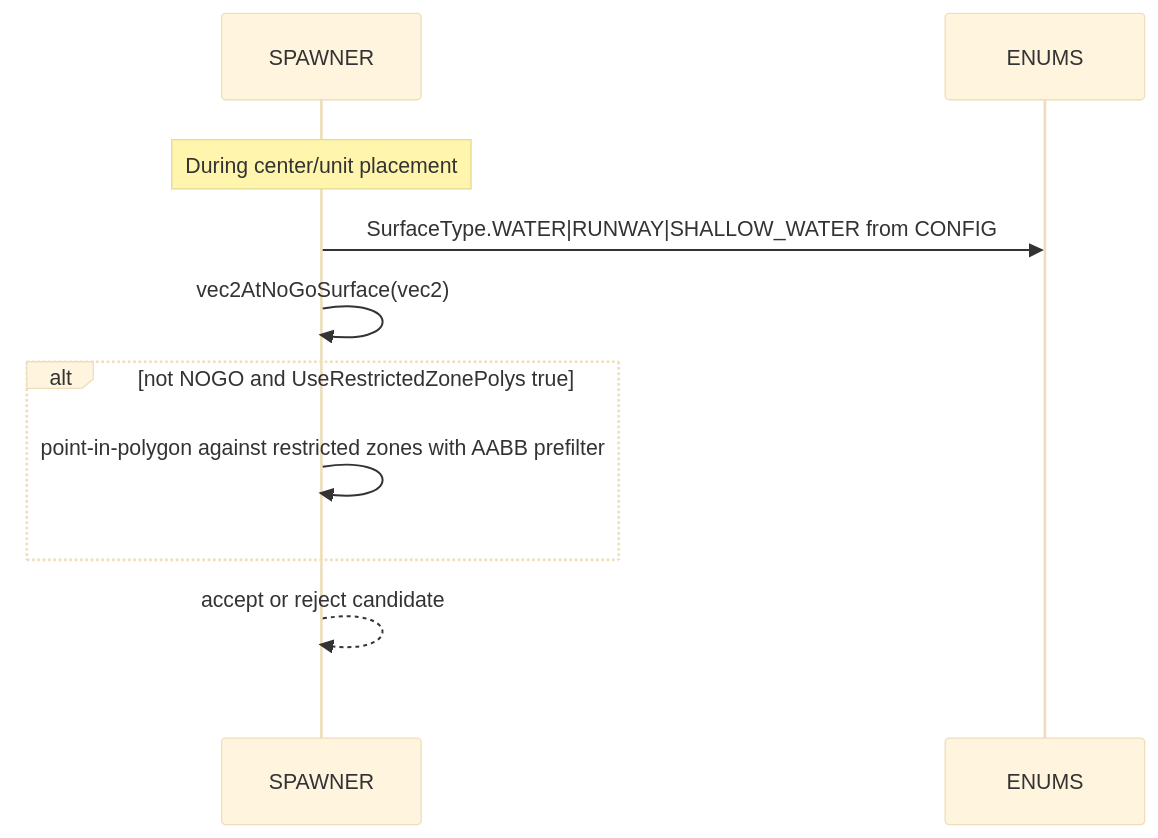
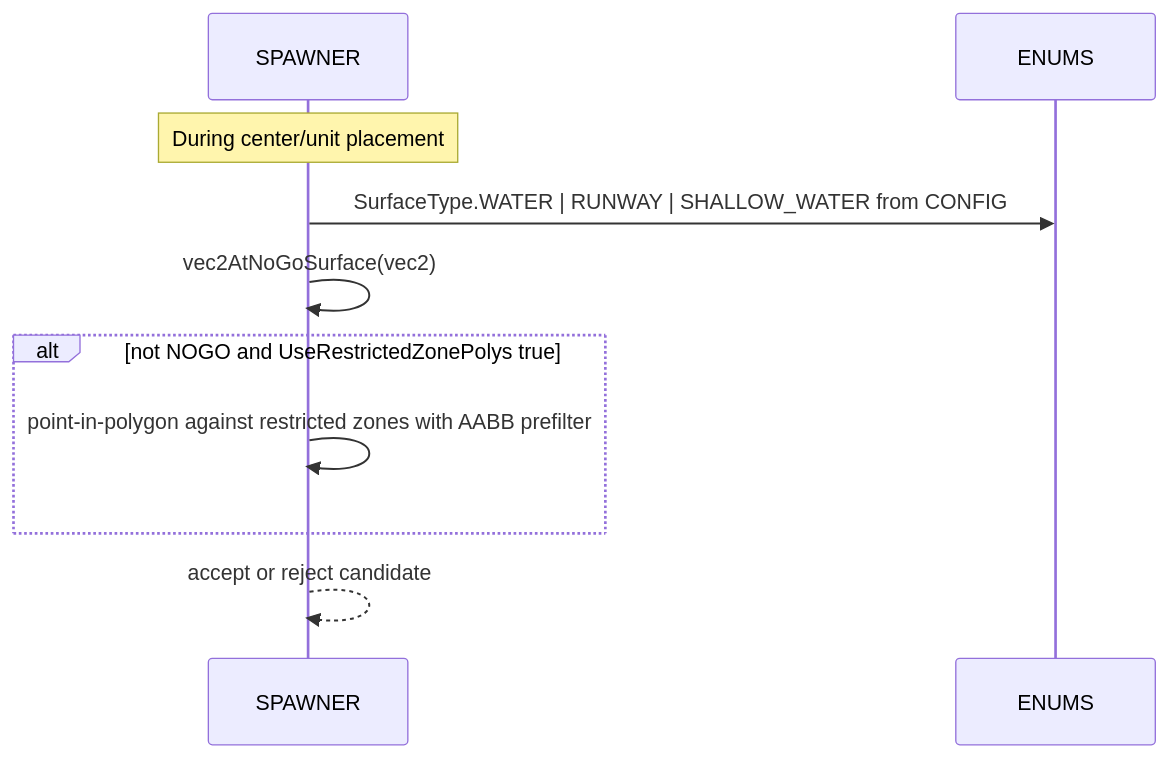
Before and after one commit to Gh0st352/AETHR: the second of 2 diagrams in docs/enums/surface_types.md, drawn with Mermaid. The commit also changed other lines of this file and 7 other files, not shown here.

First line of the commit message:
docs(enums): normalize Mermaid labels and formatting

````diff
--- a/docs/enums/surface_types.md
+++ b/docs/enums/surface_types.md
@@ -61,16 +46,14 @@
 ```mermaid
-%%{init: {"theme":"base"}}%%
+%% shared theme: docs/_mermaid/theme.json %%
 sequenceDiagram
   participant SP as SPAWNER
   participant EN as ENUMS
 
-  rect rgba(255, 255, 255, 0.75)
-    Note over SP: During center/unit placement
-    SP->>EN: SurfaceType.WATER|RUNWAY|SHALLOW_WATER from CONFIG
-    SP->>SP: vec2AtNoGoSurface(vec2)
-    alt not NOGO and UseRestrictedZonePolys true
-      SP->>SP: point-in-polygon against restricted zones with AABB prefilter
-    end
-    SP-->>SP: accept or reject candidate
+  note over SP: During center/unit placement
+  SP->>EN: SurfaceType.WATER | RUNWAY | SHALLOW_WATER from CONFIG
+  SP->>SP: vec2AtNoGoSurface(vec2)
+  alt not NOGO and UseRestrictedZonePolys true
+    SP->>SP: point-in-polygon against restricted zones with AABB prefilter
   end
+  SP-->>SP: accept or reject candidate
 ```
````
